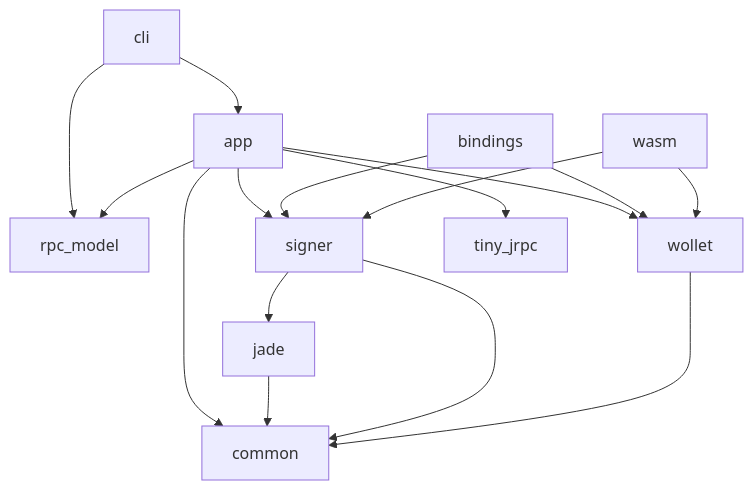
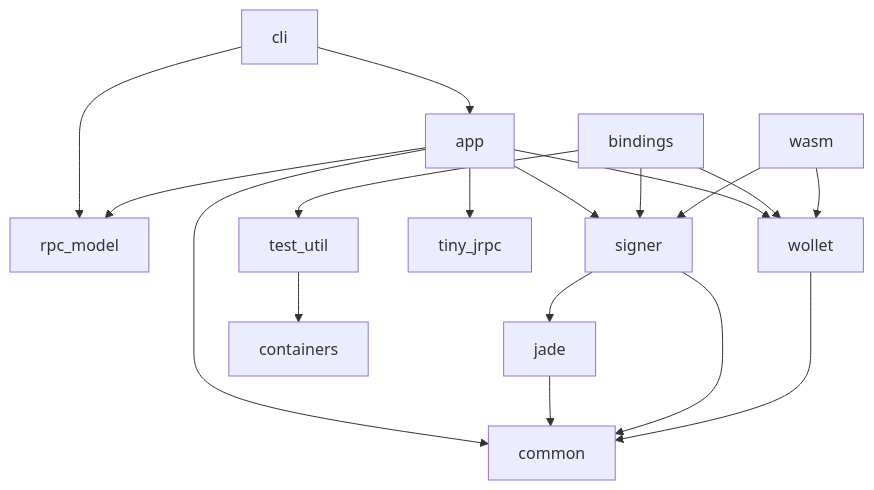
Before and after one commit to Blockstream/lwk: the diagram in README.md, drawn with Mermaid.

Commit message:
README: update table with missing crates

````diff
--- a/README.md
+++ b/README.md
@@ -78,24 +78,27 @@
 ```mermaid
   graph TD;
       cli-->app;
       cli-->rpc_model;
 
       app-->common;
       app-->wollet;
       app-->signer;
       app-->tiny_jrpc;
       app-->rpc_model;
 
       jade-->common;
 
       signer-->common;
       signer-->jade;
 
       wollet-->common;
       
       bindings-->signer;
       bindings-->wollet;
+      bindings-->test_util;
 
       wasm-->signer;
       wasm-->wollet;
+
+      test_util-->containers
 ```
````
